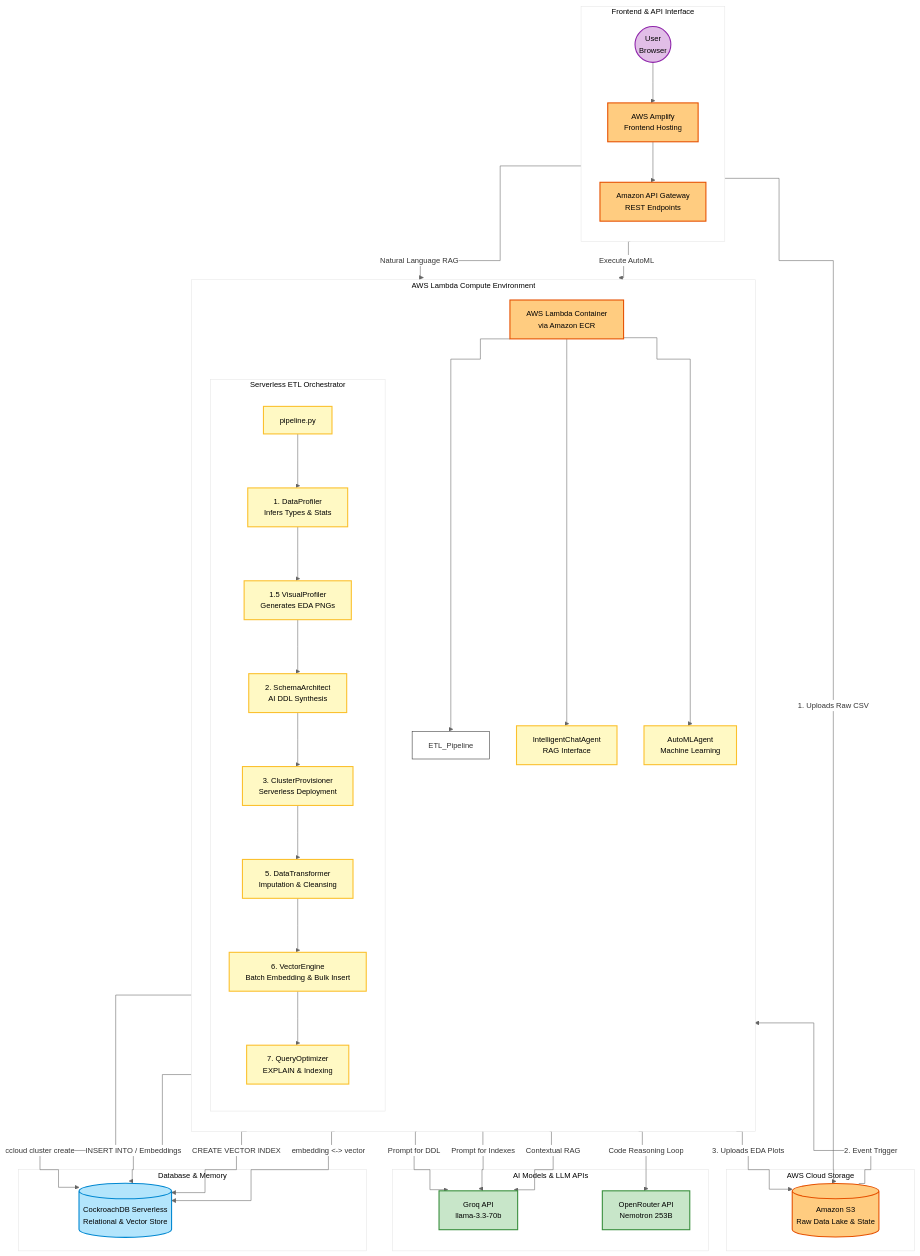
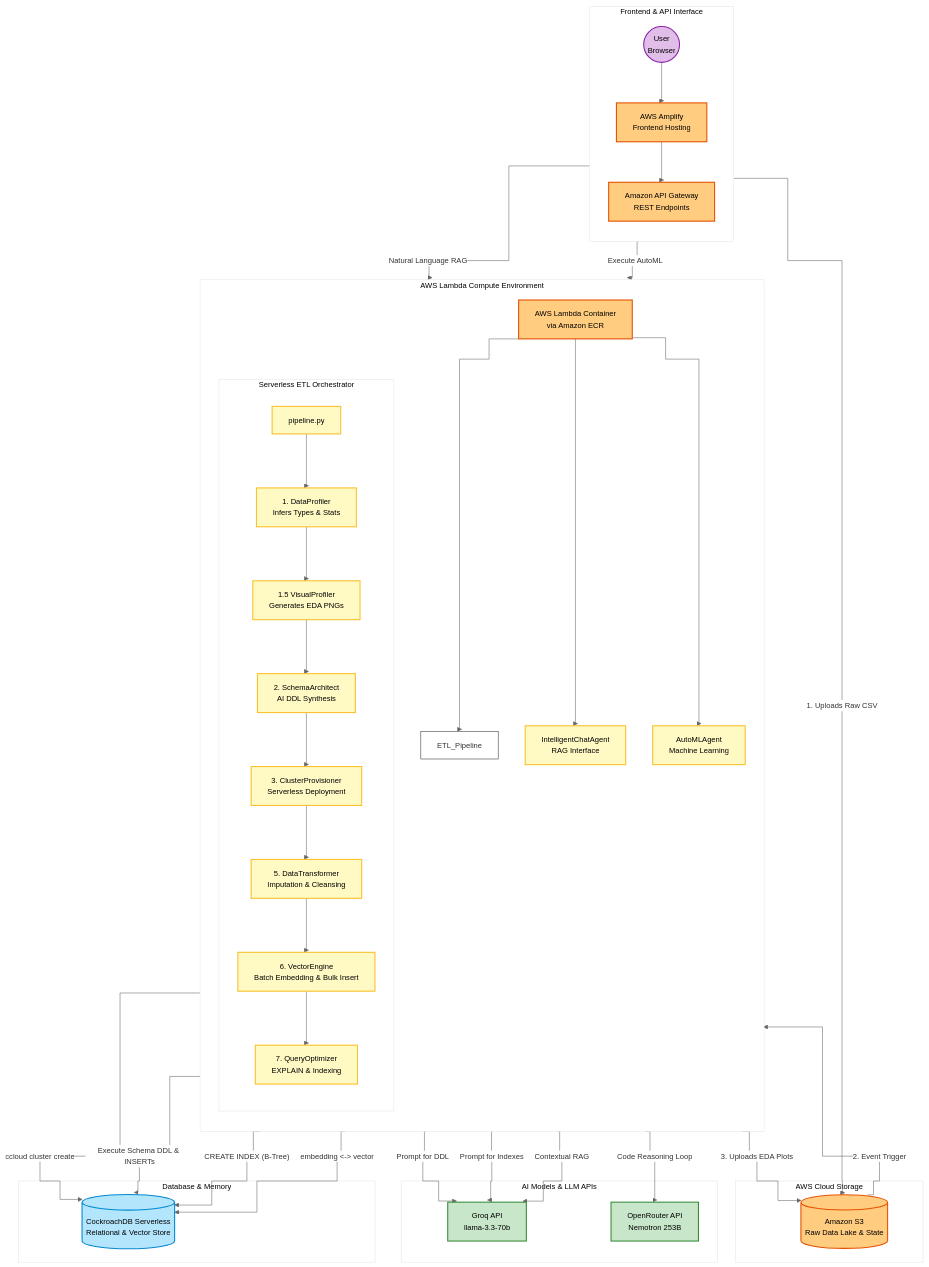
Before and after one commit to student-srijit/Automodeler: the diagram in docs/pipeline.mermaid, drawn with Mermaid. The commit also changed 5 other files, not shown here.

```diff
--- a/docs/pipeline.mermaid
+++ b/docs/pipeline.mermaid
@@ -1,81 +1,81 @@
 %%{init: {'theme': 'base', 'flowchart': {'curve': 'step'}, 'themeVariables': { 'primaryColor': '#ffffff', 'primaryBorderColor': '#333333', 'lineColor': '#666666', 'fontSize': '14px'}}}%%
 flowchart TD
     %% Styling Classes
     classDef user fill:#e1bee7,stroke:#8e24aa,stroke-width:2px,color:#000
     classDef aws fill:#ffcc80,stroke:#e65100,stroke-width:2px,color:#000
     classDef db fill:#b3e5fc,stroke:#0288d1,stroke-width:2px,color:#000
     classDef llm fill:#c8e6c9,stroke:#388e3c,stroke-width:2px,color:#000
     classDef process fill:#fff9c4,stroke:#fbc02d,stroke-width:2px,color:#000
 
     %% Interface Layer
     subgraph "Frontend & API Interface"
         direction TB
         User((User<br/>Browser)):::user
         Amplify[AWS Amplify<br/>Frontend Hosting]:::aws
         API[Amazon API Gateway<br/>REST Endpoints]:::aws
         
         User --> Amplify
         Amplify --> API
     end
 
     %% Storage Layer
     subgraph "AWS Cloud Storage"
         S3[(Amazon S3<br/>Raw Data Lake & State)]:::aws
     end
 
     User -- "1. Uploads Raw CSV" --> S3
     
     %% Compute Layer
     subgraph "AWS Lambda Compute Environment"
         direction TB
         Lambda[AWS Lambda Container<br/>via Amazon ECR]:::aws
         
         subgraph "Serverless ETL Orchestrator"
             direction TB
             P0[pipeline.py]:::process
             P1[1. DataProfiler<br/>Infers Types & Stats]:::process
             P1_5[1.5 VisualProfiler<br/>Generates EDA PNGs]:::process
             P2[2. SchemaArchitect<br/>AI DDL Synthesis]:::process
             P3[3. ClusterProvisioner<br/>Serverless Deployment]:::process
             P5[5. DataTransformer<br/>Imputation & Cleansing]:::process
             P6[6. VectorEngine<br/>Batch Embedding & Bulk Insert]:::process
             P7[7. QueryOptimizer<br/>EXPLAIN & Indexing]:::process
 
             P0 --> P1 --> P1_5 --> P2 --> P3 --> P5 --> P6 --> P7
         end
         
         ChatAgent[IntelligentChatAgent<br/>RAG Interface]:::process
         AutoMLAgent[AutoMLAgent<br/>Machine Learning]:::process
         
         Lambda --> ETL_Pipeline
         Lambda --> ChatAgent
         Lambda --> AutoMLAgent
     end
 
     S3 -- "2. Event Trigger" --> Lambda
     API -- "Natural Language RAG" --> ChatAgent
     API -- "Execute AutoML" --> AutoMLAgent
 
     %% External Interactions
     P1_5 -- "3. Uploads EDA Plots" --> S3
     
     %% LLM Interactions
     subgraph "AI Models & LLM APIs"
         Groq[Groq API<br/>llama-3.3-70b]:::llm
         OpenRouter[OpenRouter API<br/>Nemotron 253B]:::llm
     end
 
     P2 -- "Prompt for DDL" --> Groq
     P7 -- "Prompt for Indexes" --> Groq
     ChatAgent -- "Contextual RAG" --> Groq
     AutoMLAgent -- "Code Reasoning Loop" --> OpenRouter
 
     %% DB Interactions
     subgraph "Database & Memory"
         CDB[(CockroachDB Serverless<br/>Relational & Vector Store)]:::db
     end
 
     P3 -- "ccloud cluster create" --> CDB
-    P6 -- "INSERT INTO / Embeddings" --> CDB
-    P7 -- "CREATE VECTOR INDEX" --> CDB
+    P6 -- "Execute Schema DDL & INSERTs" --> CDB
+    P7 -- "CREATE INDEX (B-Tree)" --> CDB
     ChatAgent -- "embedding <-> vector" --> CDB
```
